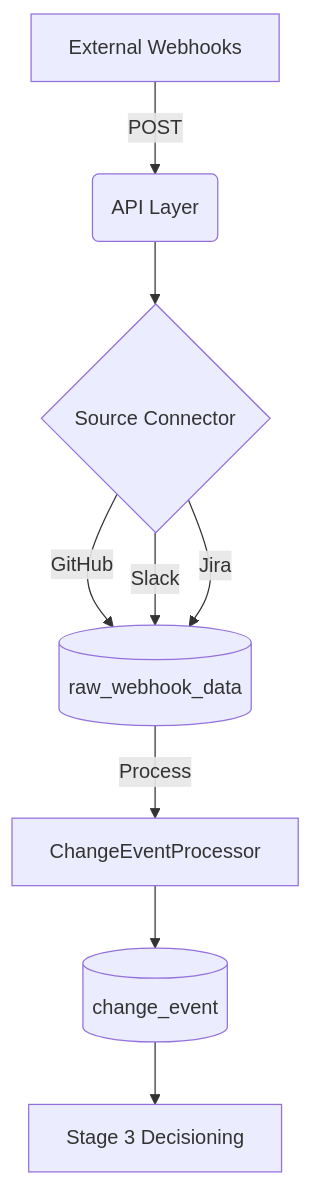
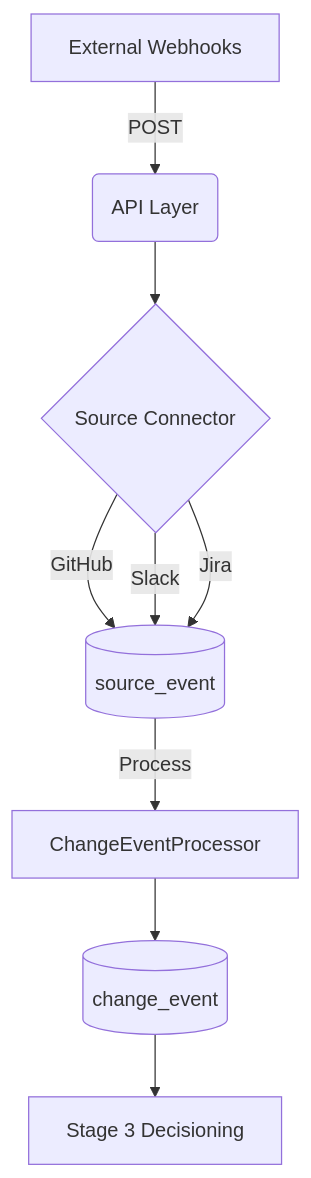
The diagram in README.md (EmivaAI/emivaAI-Data_pipeline), drawn with Mermaid before and after one commit. The commit also changed other lines of this file and 8 other files, not shown here.

````diff
--- a/README.md
+++ b/README.md
@@ -30,11 +32,11 @@
 ```mermaid
 graph TD
     A[External Webhooks] -->|POST| B(API Layer)
     B --> C{Source Connector}
-    C -->|GitHub| D[(raw_webhook_data)]
+    C -->|GitHub| D[(source_event)]
     C -->|Slack| D
     C -->|Jira| D
     D -->|Process| E[ChangeEventProcessor]
     E --> F[(change_event)]
     F --> G[Stage 3 Decisioning]
 ```
````
